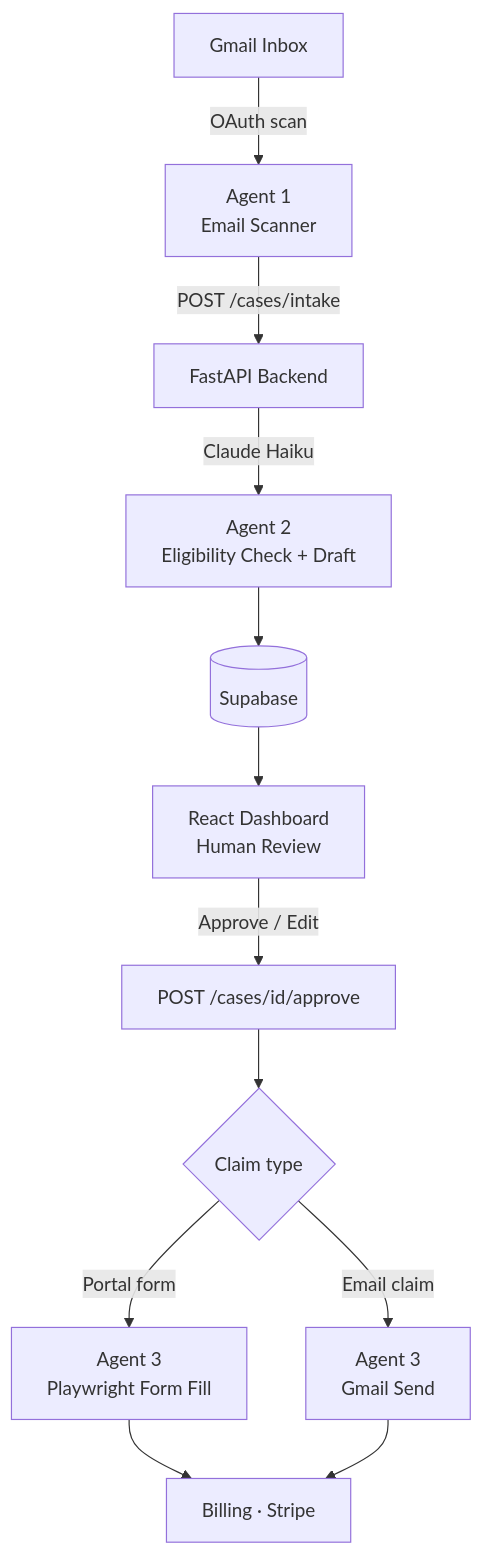
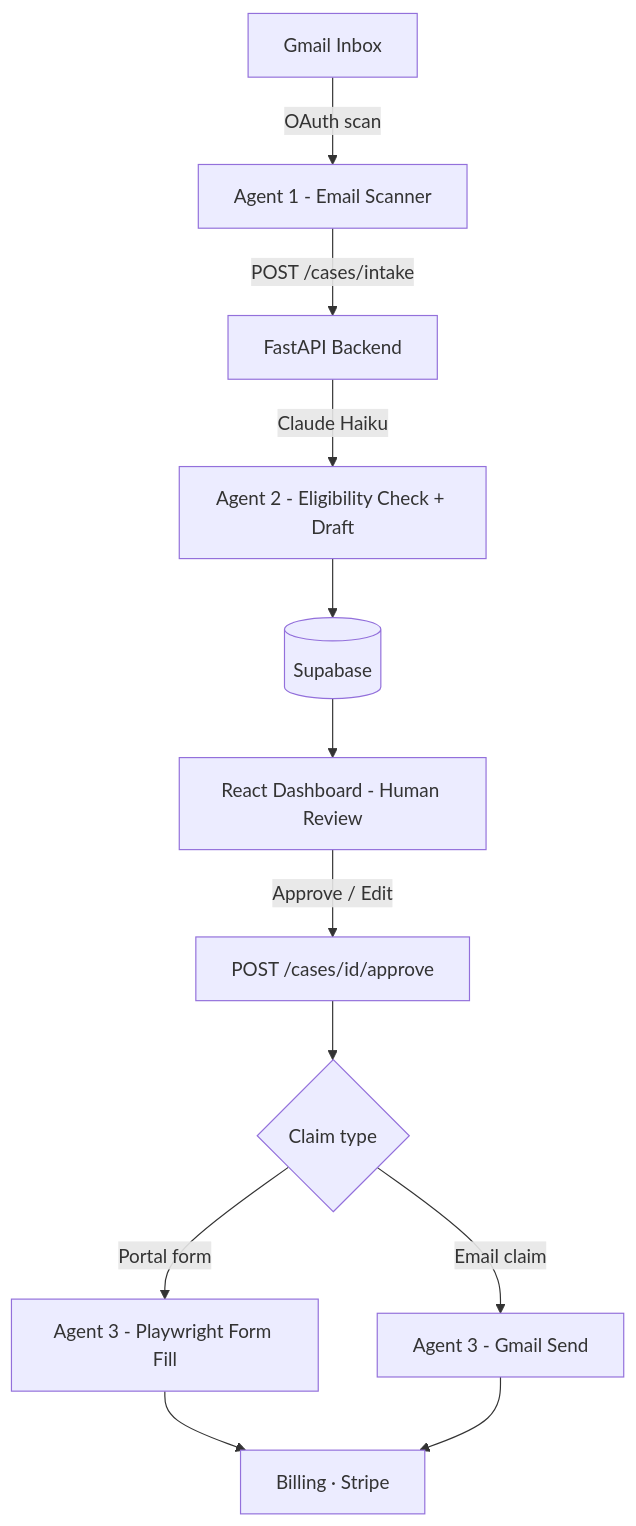
The diagram in README.md (rita-berrada/CompensAI), drawn with Mermaid before and after one commit.

````diff
--- a/README.md
+++ b/README.md
@@ -15,14 +15,14 @@
 ```mermaid
 flowchart TD
-    A[Gmail Inbox] -->|OAuth scan| B[Agent 1\nEmail Scanner]
+    A[Gmail Inbox] -->|OAuth scan| B[Agent 1 - Email Scanner]
     B -->|POST /cases/intake| C[FastAPI Backend]
-    C -->|Claude Haiku| D[Agent 2\nEligibility Check + Draft]
+    C -->|Claude Haiku| D[Agent 2 - Eligibility Check + Draft]
     D --> E[(Supabase)]
-    E --> F[React Dashboard\nHuman Review]
+    E --> F[React Dashboard - Human Review]
     F -->|Approve / Edit| G[POST /cases/id/approve]
     G --> H{Claim type}
-    H -->|Portal form| I[Agent 3\nPlaywright Form Fill]
-    H -->|Email claim| J[Agent 3\nGmail Send]
+    H -->|Portal form| I[Agent 3 - Playwright Form Fill]
+    H -->|Email claim| J[Agent 3 - Gmail Send]
     I --> K[Billing · Stripe]
     J --> K
 ```
````
